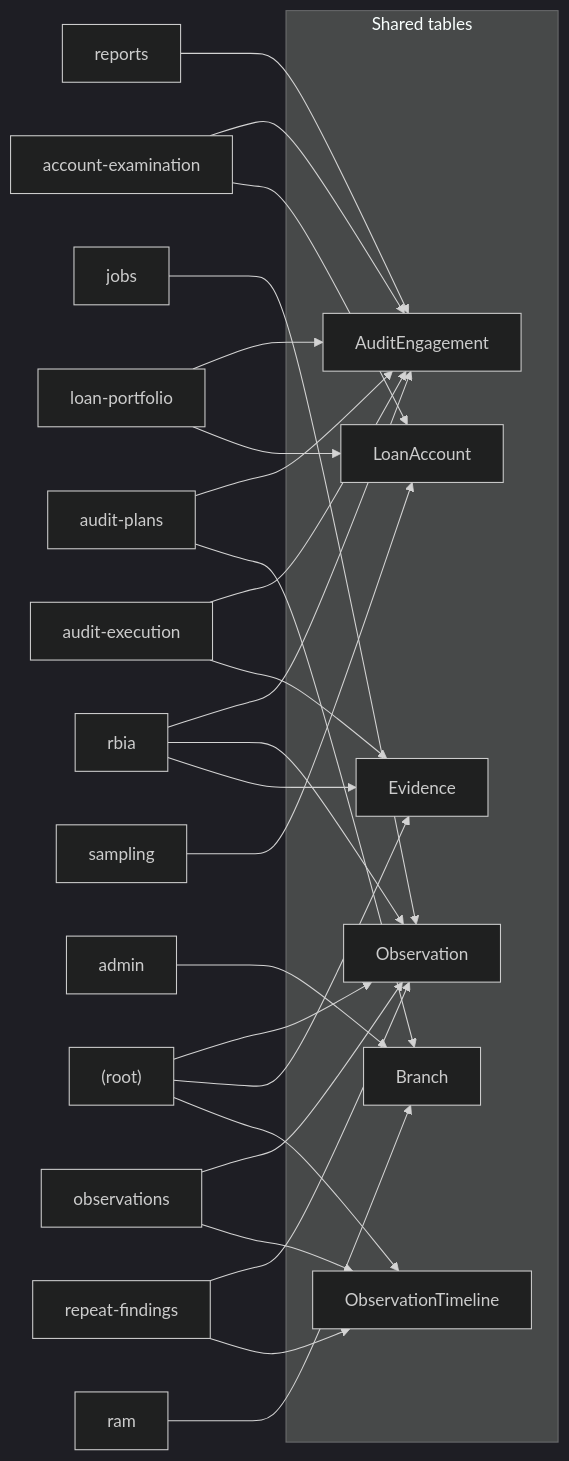
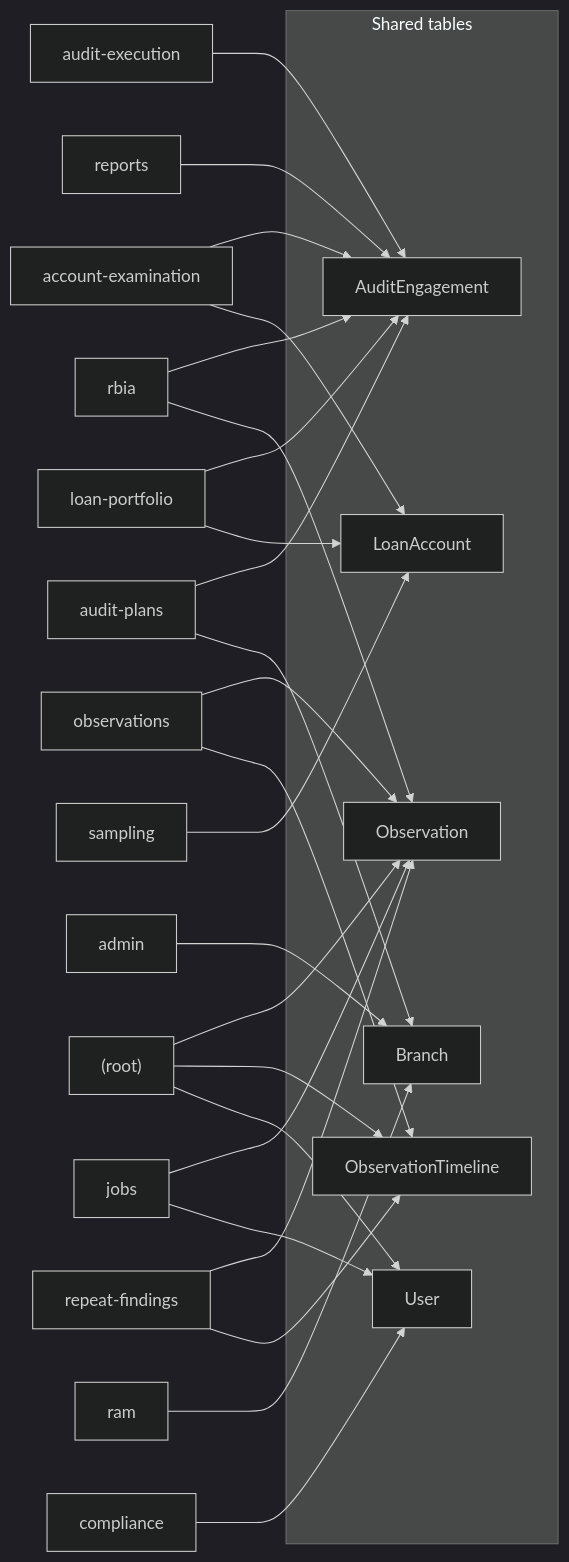
Before and after one commit to nc-sapiex/aegis-2: the first of 3 diagrams in docs/reference/data-flows.md, drawn with Mermaid (dark theme). The commit also changed other lines of this file and 20 other files, not shown here.

Commit message:
chore(schema): remove v5 tables and legacy references

````diff
--- a/docs/reference/data-flows.md
+++ b/docs/reference/data-flows.md
@@ -74,47 +74,48 @@
 ```mermaid
 flowchart LR
     subgraph hubs [Shared tables]
         T_AuditEngagement["AuditEngagement"]
         T_Observation["Observation"]
         T_LoanAccount["LoanAccount"]
         T_Branch["Branch"]
-        T_Evidence["Evidence"]
         T_ObservationTimeline["ObservationTimeline"]
+        T_User["User"]
     end
     D_account_examination["account-examination"]
     D_account_examination --> T_AuditEngagement
     D_audit_execution["audit-execution"]
     D_audit_execution --> T_AuditEngagement
     D_audit_plans["audit-plans"]
     D_audit_plans --> T_AuditEngagement
     D_loan_portfolio["loan-portfolio"]
     D_loan_portfolio --> T_AuditEngagement
     D_rbia["rbia"]
     D_rbia --> T_AuditEngagement
     D_reports["reports"]
     D_reports --> T_AuditEngagement
     D__root_["(root)"]
     D__root_ --> T_Observation
     D_jobs["jobs"]
     D_jobs --> T_Observation
     D_observations["observations"]
     D_observations --> T_Observation
     D_rbia --> T_Observation
     D_repeat_findings["repeat-findings"]
     D_repeat_findings --> T_Observation
     D_account_examination --> T_LoanAccount
     D_loan_portfolio --> T_LoanAccount
     D_sampling["sampling"]
     D_sampling --> T_LoanAccount
     D_admin["admin"]
     D_admin --> T_Branch
     D_audit_plans --> T_Branch
     D_ram["ram"]
     D_ram --> T_Branch
-    D__root_ --> T_Evidence
-    D_audit_execution --> T_Evidence
-    D_rbia --> T_Evidence
     D__root_ --> T_ObservationTimeline
     D_observations --> T_ObservationTimeline
     D_repeat_findings --> T_ObservationTimeline
+    D__root_ --> T_User
+    D_compliance["compliance"]
+    D_compliance --> T_User
+    D_jobs --> T_User
 ```
````
